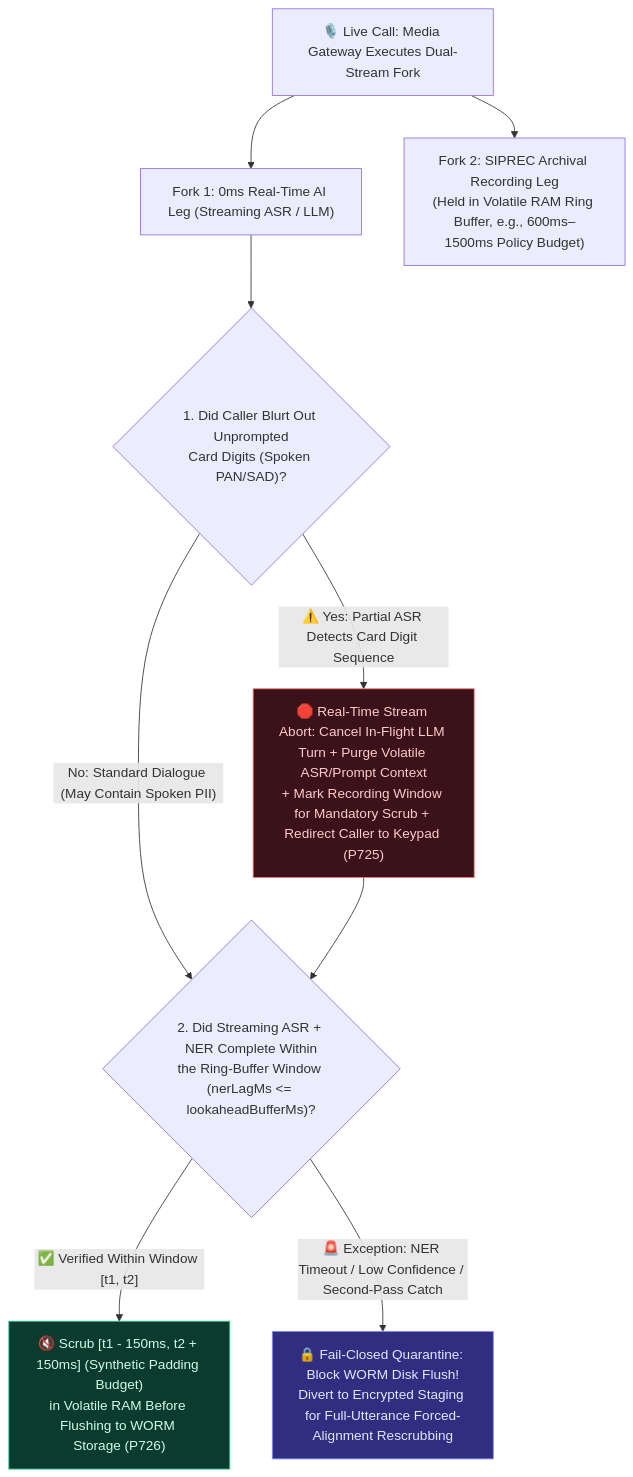
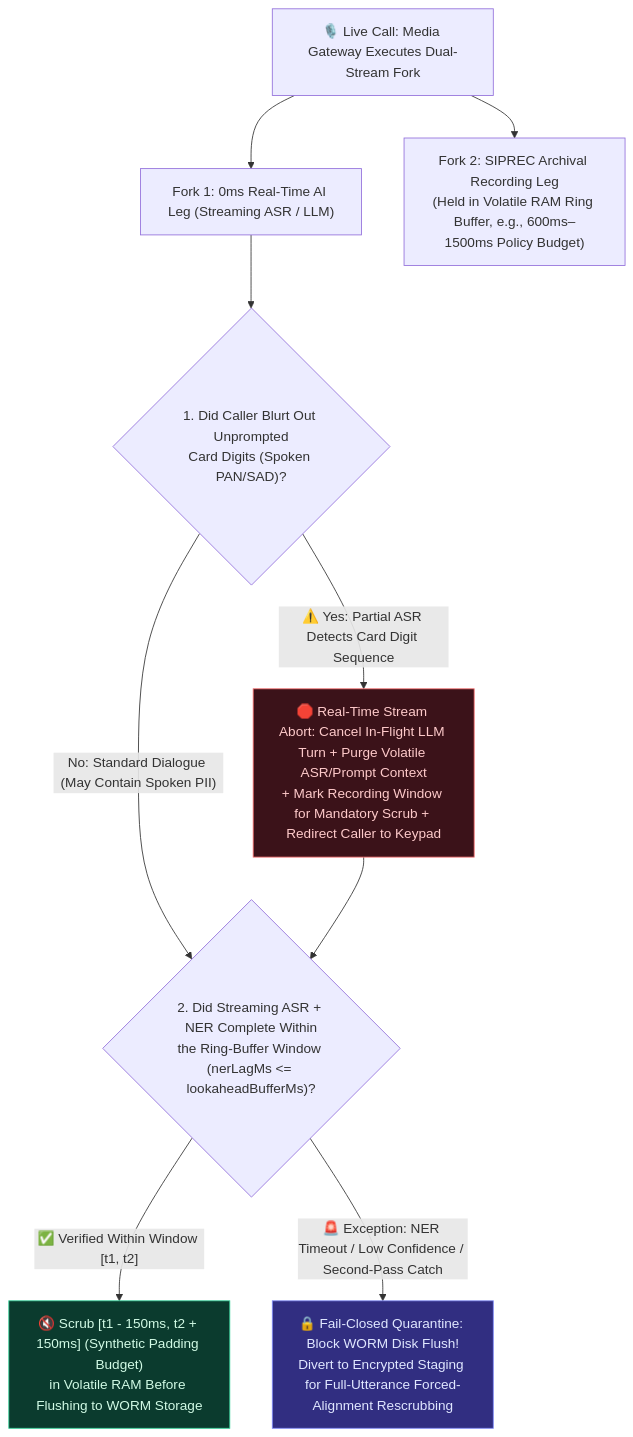
The first of 3 diagrams in docs/siprec-pii-audio-redaction-faq.en.md (turbo998/voice-agent-lab), drawn with Mermaid before and after one commit. The commit also changed other lines of this file and 715 other files, not shown here.

````diff
--- a/docs/siprec-pii-audio-redaction-faq.en.md
+++ b/docs/siprec-pii-audio-redaction-faq.en.md
@@ -61,15 +61,15 @@
 ```mermaid
 flowchart TD
-    A["🎙️ Live Call: Media Gateway Executes Dual-Stream Fork"] --> B["Fork 1: 0ms Real-Time AI Leg (Streaming ASR / LLM)"]
-    A --> C["Fork 2: SIPREC Archival Recording Leg<br/>(Held in Volatile RAM Ring Buffer, e.g., 600ms–1500ms Policy Budget)"]
-    B --> D{"1. Did Caller Blurt Out Unprompted<br/>Card Digits (Spoken PAN/SAD)?"}
-    D -- "⚠️ Yes: Partial ASR Detects Card Digit Sequence" --> E["🛑 Real-Time Stream Abort: Cancel In-Flight LLM Turn + Purge Volatile ASR/Prompt Context<br/>+ Mark Recording Window for Mandatory Scrub + Redirect Caller to Keypad (P725)"]
-    D -- "No: Standard Dialogue (May Contain Spoken PII)" --> F{"2. Did Streaming ASR + NER Complete Within<br/>the Ring-Buffer Window (nerLagMs <= lookaheadBufferMs)?"}
-    E --> F
-    F -- "✅ Verified Within Window [t1, t2]" --> G["🔇 Scrub [t1 - 150ms, t2 + 150ms] (Synthetic Padding Budget)<br/>in Volatile RAM Before Flushing to WORM Storage (P726)"]
-    F -- "🚨 Exception: NER Timeout / Low Confidence / Second-Pass Catch" --> H["🔒 Fail-Closed Quarantine: Block WORM Disk Flush!<br/>Divert to Encrypted Staging for Full-Utterance Forced-Alignment Rescrubbing"]
+ A["🎙️ Live Call: Media Gateway Executes Dual-Stream Fork"] --> B["Fork 1: 0ms Real-Time AI Leg (Streaming ASR / LLM)"]
+ A --> C["Fork 2: SIPREC Archival Recording Leg<br/>(Held in Volatile RAM Ring Buffer, e.g., 600ms–1500ms Policy Budget)"]
+ B --> D{"1. Did Caller Blurt Out Unprompted<br/>Card Digits (Spoken PAN/SAD)?"}
+ D -- "⚠️ Yes: Partial ASR Detects Card Digit Sequence" --> E["🛑 Real-Time Stream Abort: Cancel In-Flight LLM Turn + Purge Volatile ASR/Prompt Context<br/>+ Mark Recording Window for Mandatory Scrub + Redirect Caller to Keypad "]
+ D -- "No: Standard Dialogue (May Contain Spoken PII)" --> F{"2. Did Streaming ASR + NER Complete Within<br/>the Ring-Buffer Window (nerLagMs <= lookaheadBufferMs)?"}
+ E --> F
+ F -- "✅ Verified Within Window [t1, t2]" --> G["🔇 Scrub [t1 - 150ms, t2 + 150ms] (Synthetic Padding Budget)<br/>in Volatile RAM Before Flushing to WORM Storage "]
+ F -- "🚨 Exception: NER Timeout / Low Confidence / Second-Pass Catch" --> H["🔒 Fail-Closed Quarantine: Block WORM Disk Flush!<br/>Divert to Encrypted Staging for Full-Utterance Forced-Alignment Rescrubbing"]
 
-    style E fill:#3b1219,stroke:#f87171,color:#fecaca
-    style G fill:#0b3b2e,stroke:#34d399,color:#d1fae5
-    style H fill:#312e81,stroke:#818cf8,color:#e0e7ff
+ style E fill:#3b1219,stroke:#f87171,color:#fecaca
+ style G fill:#0b3b2e,stroke:#34d399,color:#d1fae5
+ style H fill:#312e81,stroke:#818cf8,color:#e0e7ff
 ```
````
